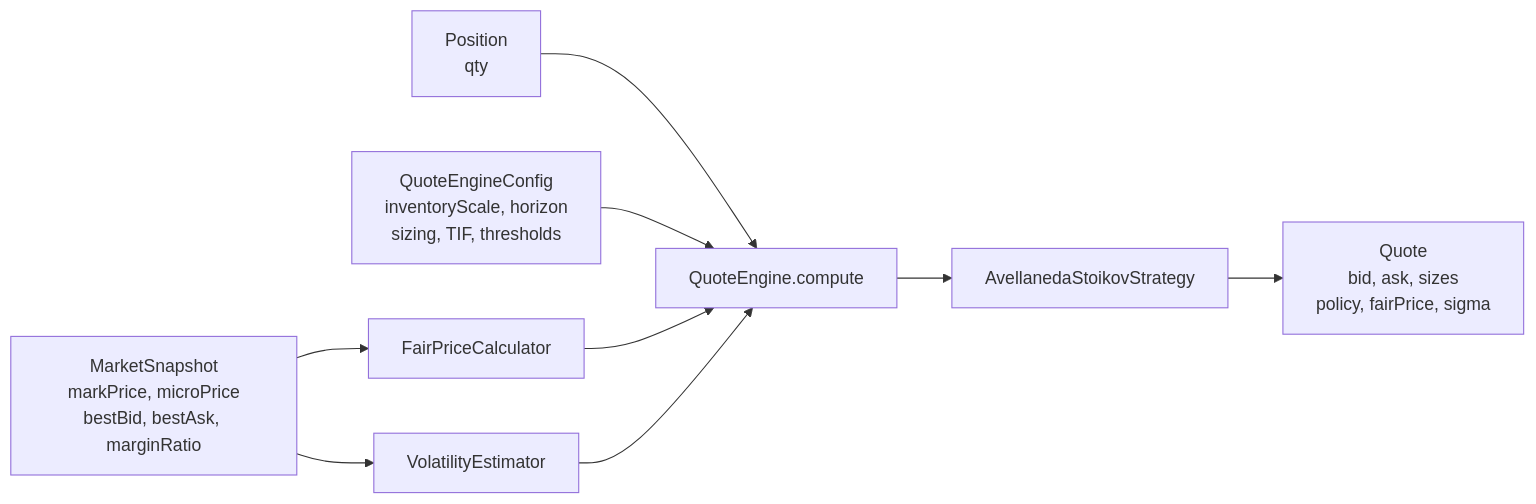
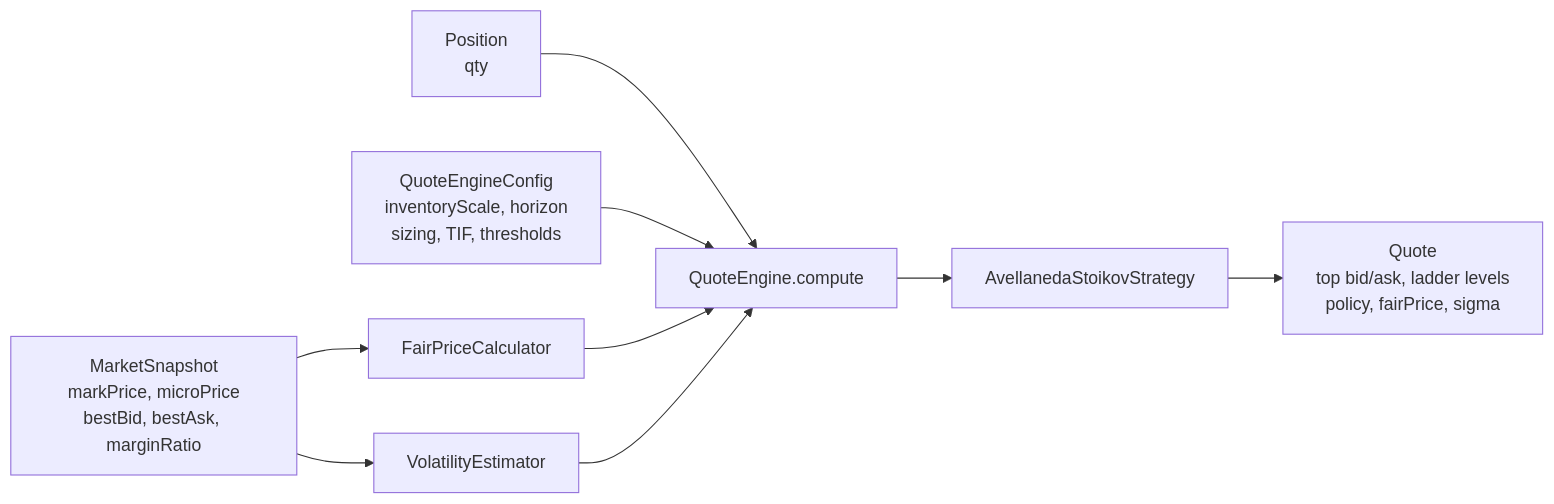
Before and after one commit to posaune0423/simple-mm-bot: the second of 2 diagrams in docs/storategy.md, drawn with Mermaid. The commit also changed other lines of this file and 46 other files, not shown here.

````diff
--- a/docs/storategy.md
+++ b/docs/storategy.md
@@ -73,12 +75,12 @@
 ```mermaid
 flowchart LR
     Snapshot["MarketSnapshot<br/>markPrice, microPrice<br/>bestBid, bestAsk, marginRatio"] --> Fair["FairPriceCalculator"]
     Snapshot --> Vol["VolatilityEstimator"]
     Position["Position<br/>qty"] --> QE["QuoteEngine.compute"]
     Config["QuoteEngineConfig<br/>inventoryScale, horizon<br/>sizing, TIF, thresholds"] --> QE
 
     Fair --> QE
     Vol --> QE
     QE --> Strategy["AvellanedaStoikovStrategy"]
-    Strategy --> Quote["Quote<br/>bid, ask, sizes<br/>policy, fairPrice, sigma"]
+    Strategy --> Quote["Quote<br/>top bid/ask, ladder levels<br/>policy, fairPrice, sigma"]
 ```
````
